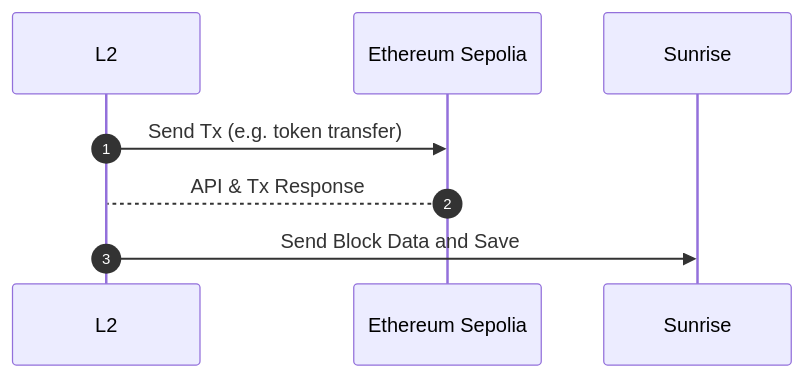
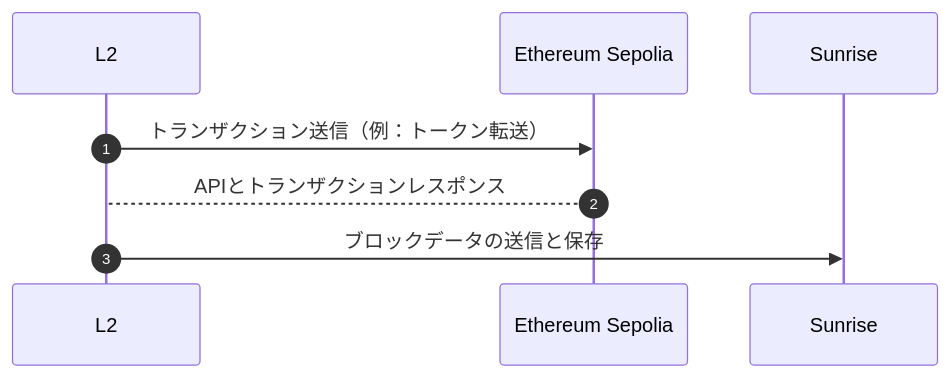
Before and after one commit to sunriselayer/gitbook: the diagram in ja/build-l2-blockchains/optimism/op-stack.md, drawn with Mermaid. The commit also changed other lines of this file and 6 other files, not shown here.

````diff
--- a/ja/build-l2-blockchains/optimism/op-stack.md
+++ b/ja/build-l2-blockchains/optimism/op-stack.md
@@ -14,7 +16,7 @@
 ```mermaid
 sequenceDiagram
    autonumber
-   L2 ->> Ethereum Sepolia: Send Tx (e.g. token transfer)
-   Ethereum Sepolia --> L2: API & Tx Response
-   L2 ->> Sunrise: Send Block Data and Save
+   L2 ->> Ethereum Sepolia: トランザクション送信（例：トークン転送）
+   Ethereum Sepolia --> L2: APIとトランザクションレスポンス
+   L2 ->> Sunrise: ブロックデータの送信と保存
 ```
````
